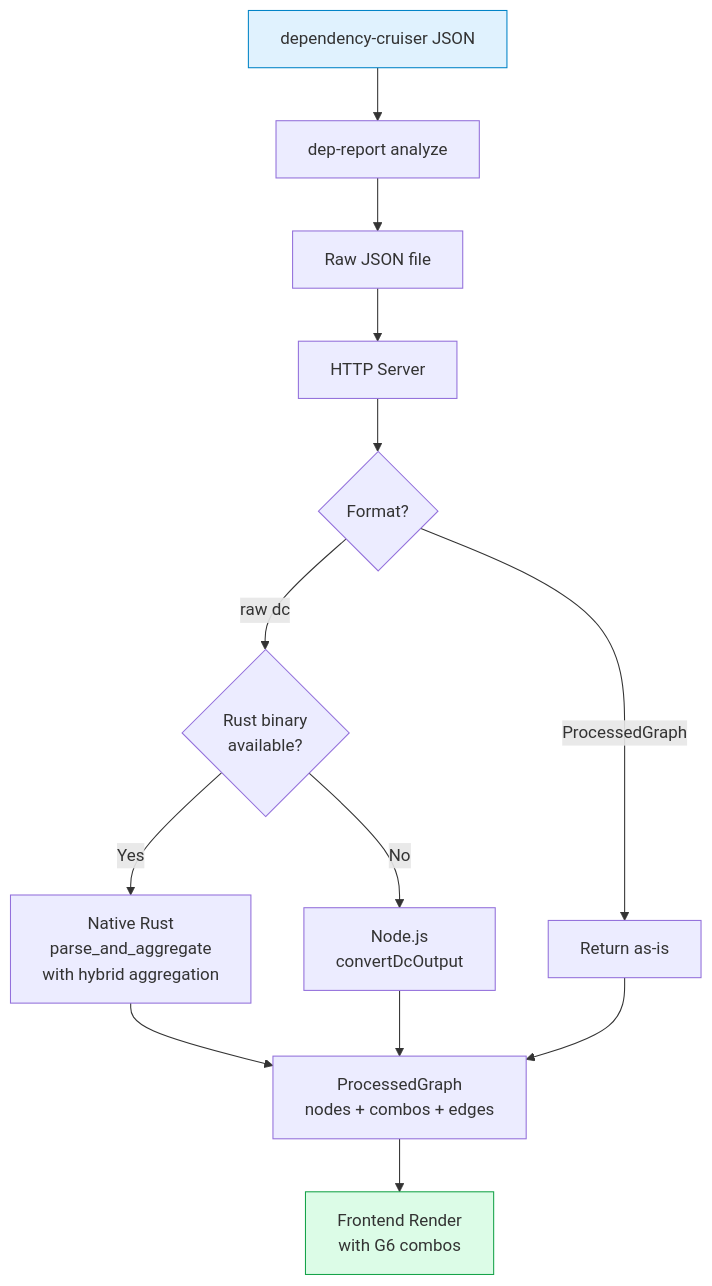
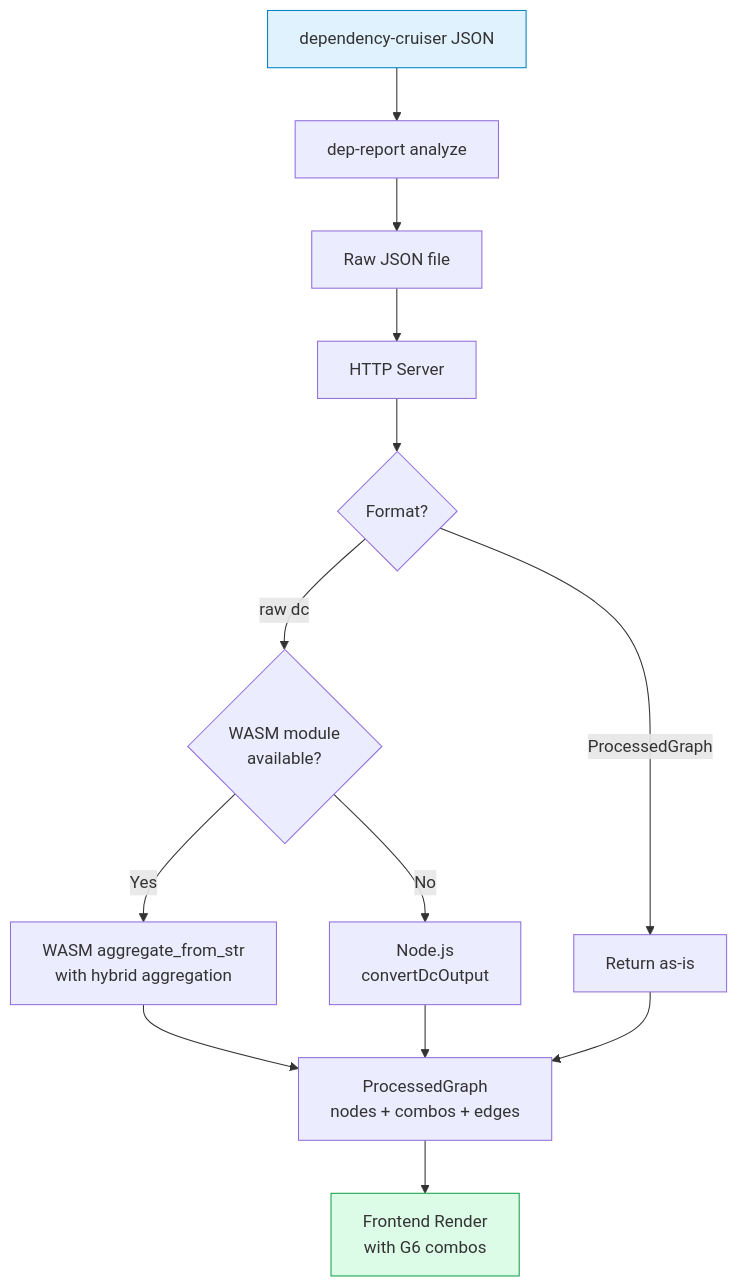
One commit to fisher-89/dependency-cruiser-reporter changed the first of 5 diagrams in docs/architecture/data-flow.md. Above: the diagram before and after it, drawn with Mermaid. The commit also changed other lines of this file and 17 other files, not shown here.

First line of the commit message:
refactor(rust): remove parse_and_aggregate, add wasm_aggregate tests

````diff
--- a/docs/architecture/data-flow.md
+++ b/docs/architecture/data-flow.md
@@ -5,18 +5,18 @@
 ```mermaid
 flowchart TB
     Input[dependency-cruiser JSON] --> Scan[dep-report analyze]
     Scan --> RawFile[Raw JSON file]
     RawFile --> Server[HTTP Server]
     Server --> Detect{Format?}
-    Detect -->|raw dc| Rust{Rust binary\navailable?}
-    Rust -->|Yes| Native[Native Rust\nparse_and_aggregate\nwith hybrid aggregation]
-    Rust -->|No| Node[Node.js\nconvertDcOutput]
+    Detect -->|raw dc| WASM{WASM module\navailable?}
+    WASM -->|Yes| Native[WASM aggregate_from_str\nwith hybrid aggregation]
+    WASM -->|No| Node[Node.js\nconvertDcOutput]
     Detect -->|ProcessedGraph| Direct[Return as-is]
     Native --> Output[ProcessedGraph\nnodes + combos + edges]
     Node --> Output
     Direct --> Output
     Output --> Render[Frontend Render\nwith G6 combos]
 
     style Input fill:#e0f2fe,stroke:#0284c7
     style Render fill:#dcfce7,stroke:#16a34a
 ```
````
